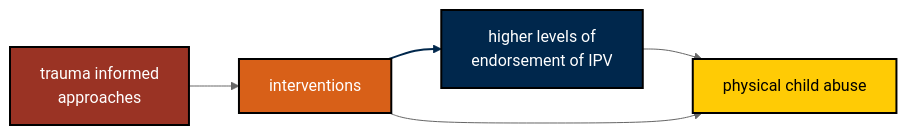
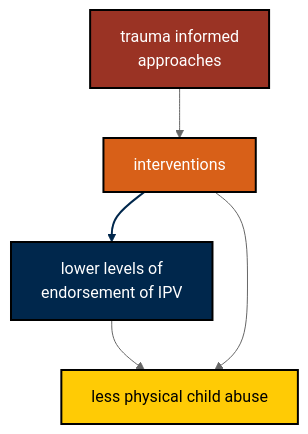
One commit to agrogan1/closeread changed the fourth of 4 diagrams in spillover-of-violence/spillover-of-violence.qmd. Above: the diagram before and after it, drawn with Mermaid (neutral theme). The commit also changed other lines of this file and 11 other files, not shown here.

````diff
--- a/spillover-of-violence/spillover-of-violence.qmd
+++ b/spillover-of-violence/spillover-of-violence.qmd
@@ -219,23 +213,23 @@
 ```{mermaid}
-flowchart LR
+flowchart TB
   %% Nodes %%
   classDef maize fill:#FFCB05,stroke:#000000,stroke-width:2px,color:#000000;
   
   classDef blue fill:#00274C,stroke:#000000,stroke-width:2px,color:#FFFFFF;
   
   classDef orange fill:#D86018,stroke:#000000,stroke-width:2px,color:#FFFFFF;
   
   classDef red fill:#9A3324,stroke:#000000,stroke-width:2px,color:#FFFFFF;
 
-  interventions:::orange --> IPV[higher levels of \nendorsement of IPV]:::blue
+  interventions:::orange --> IPV[lower levels of \nendorsement of IPV]:::blue
   
-  IPV --> pabuse[physical child abuse]:::maize
+  IPV --> pabuse[less physical child abuse]:::maize
   
   interventions --> pabuse
   
   trauma[trauma informed \napproaches]:::red --> interventions
   
   %% Links %%
   linkStyle 0 stroke:#00274C,stroke-width:2px,color:red;
 
 ```
````
